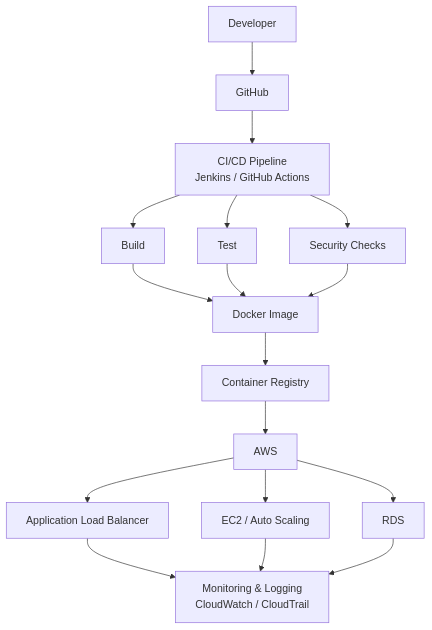
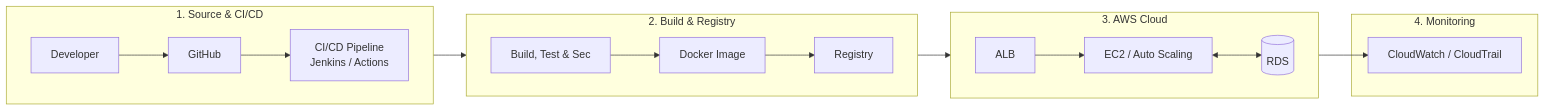
The first of 2 diagrams in README.md (engrmalakkashif/engrmalakkashif), drawn with Mermaid before and after one commit. The commit also changed other lines of this file, not shown here.

````diff
--- a/README.md
+++ b/README.md
@@ -71,19 +69,24 @@
 ```mermaid
-flowchart TD
-    A[Developer] --> B[GitHub]
-    B --> C[CI/CD Pipeline<br/>Jenkins / GitHub Actions]
-    C --> D[Build]
-    C --> E[Test]
-    C --> F[Security Checks]
-    D --> G[Docker Image]
-    E --> G
-    F --> G
-    G --> H[Container Registry]
-    H --> I[AWS]
-    I --> J[Application Load Balancer]
-    I --> K[EC2 / Auto Scaling]
-    I --> L[RDS]
-    J --> M[Monitoring & Logging<br/>CloudWatch / CloudTrail]
-    K --> M
-    L --> M
+flowchart LR
+    subgraph S1["1. Source & CI/CD"]
+        direction LR
+        A[Developer] --> B[GitHub] --> C[CI/CD Pipeline<br/>Jenkins / Actions]
+    end
+
+    subgraph S2["2. Build & Registry"]
+        direction LR
+        C --> D[Build, Test & Sec] --> E[Docker Image] --> F[Registry]
+    end
+
+    subgraph S3["3. AWS Cloud"]
+        direction LR
+        F --> G[ALB] --> H[EC2 / Auto Scaling]
+        H <--> I[(RDS)]
+    end
+
+    subgraph S4["4. Monitoring"]
+        J[CloudWatch / CloudTrail]
+    end
+
+    S3 --> J
 ```
````
